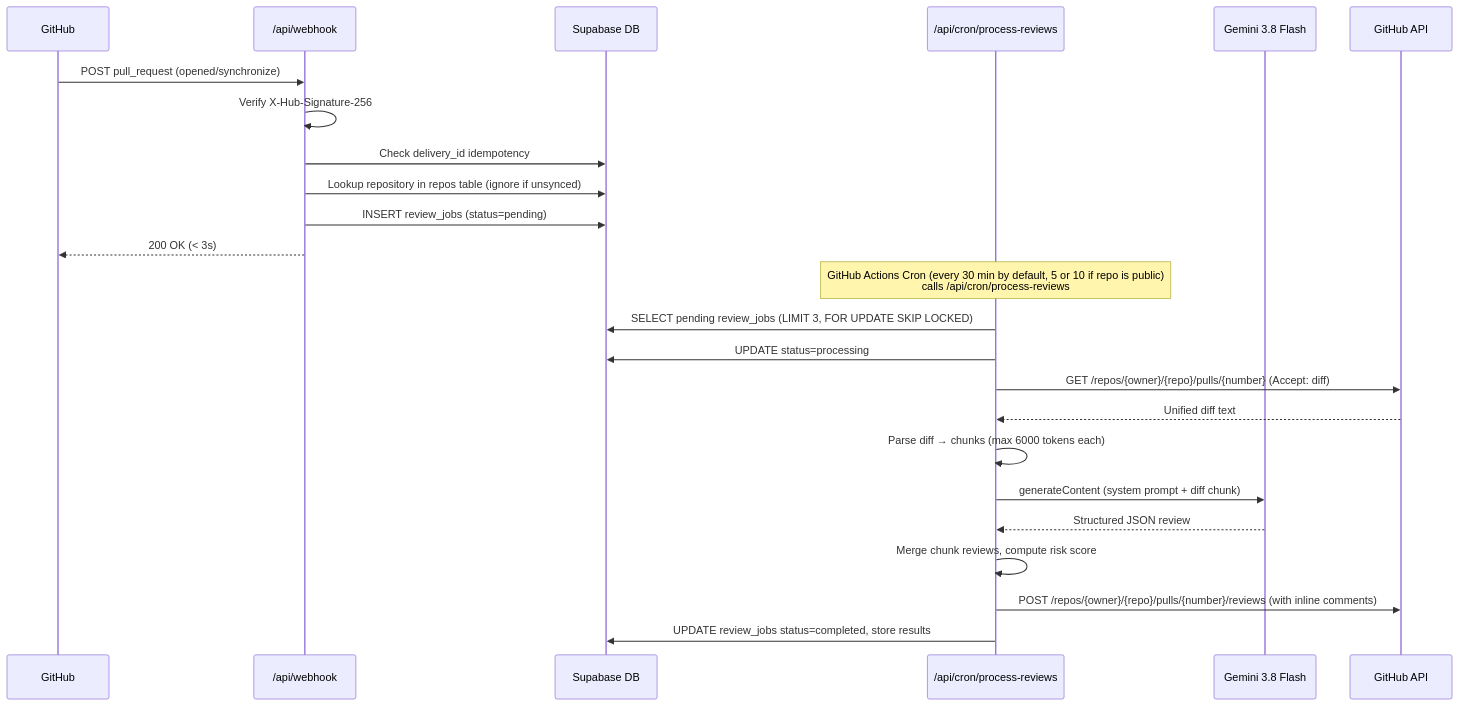
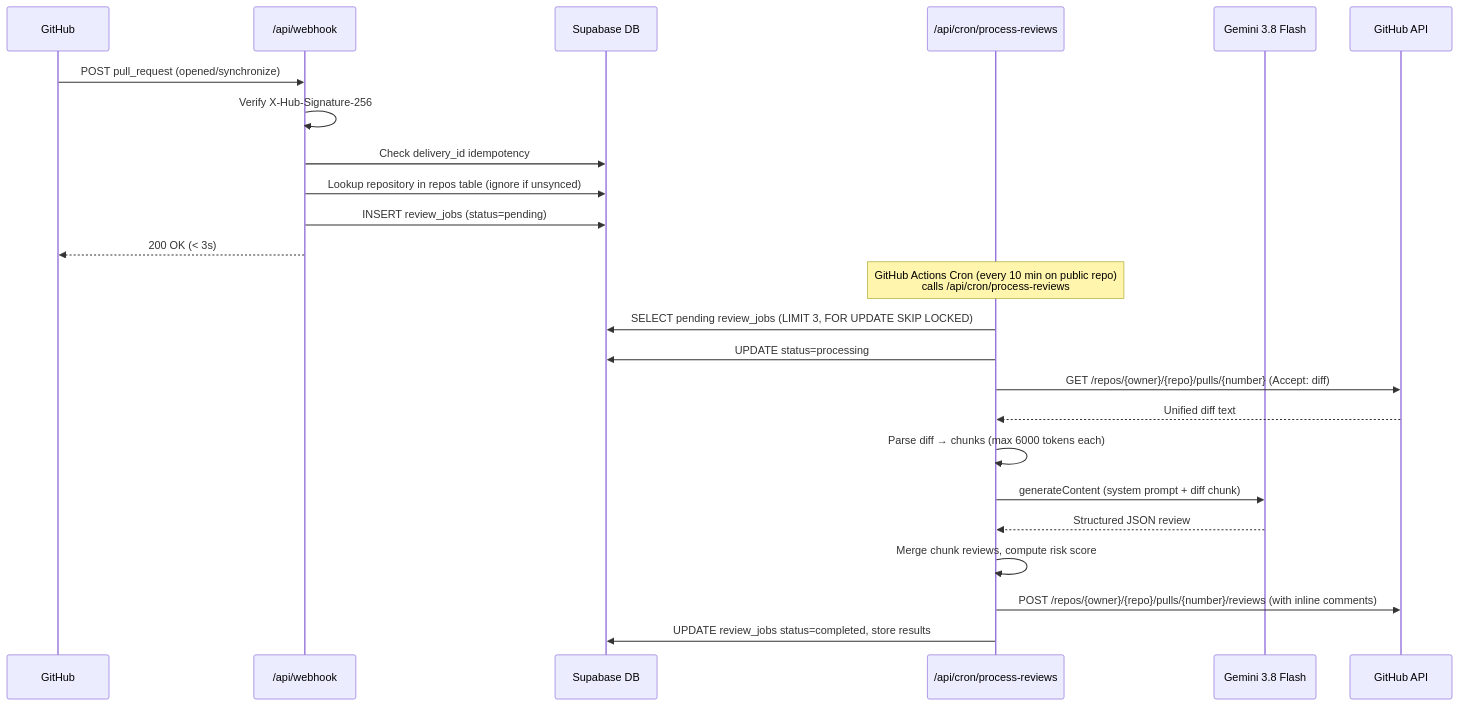
Before and after one commit to santhoshh005/PR_Pilot: the second of 2 diagrams in ARCHITECTURE.md, drawn with Mermaid. The commit also changed other lines of this file and 3 other files, not shown here.

Commit message:
chore: 10 minute cron for public repo

````diff
--- a/ARCHITECTURE.md
+++ b/ARCHITECTURE.md
@@ -34,28 +34,28 @@
 ```mermaid
 sequenceDiagram
   participant GH as GitHub
   participant WH as /api/webhook
   participant DB as Supabase DB
   participant CRON as /api/cron/process-reviews
   participant AI as Gemini 3.8 Flash
   participant GHAPI as GitHub API
 
   GH->>WH: POST pull_request (opened/synchronize)
   WH->>WH: Verify X-Hub-Signature-256
   WH->>DB: Check delivery_id idempotency
   WH->>DB: Lookup repository in repos table (ignore if unsynced)
   WH->>DB: INSERT review_jobs (status=pending)
   WH-->>GH: 200 OK (< 3s)
 
-  Note over CRON: GitHub Actions Cron (every 30 min by default, 5 or 10 if repo is public)<br/>calls /api/cron/process-reviews
+  Note over CRON: GitHub Actions Cron (every 10 min on public repo)<br/>calls /api/cron/process-reviews
   CRON->>DB: SELECT pending review_jobs (LIMIT 3, FOR UPDATE SKIP LOCKED)
   CRON->>DB: UPDATE status=processing
   CRON->>GHAPI: GET /repos/{owner}/{repo}/pulls/{number} (Accept: diff)
   GHAPI-->>CRON: Unified diff text
   CRON->>CRON: Parse diff → chunks (max 6000 tokens each)
   CRON->>AI: generateContent (system prompt + diff chunk)
   AI-->>CRON: Structured JSON review
   CRON->>CRON: Merge chunk reviews, compute risk score
   CRON->>GHAPI: POST /repos/{owner}/{repo}/pulls/{number}/reviews (with inline comments)
   CRON->>DB: UPDATE review_jobs status=completed, store results
 ```
````
